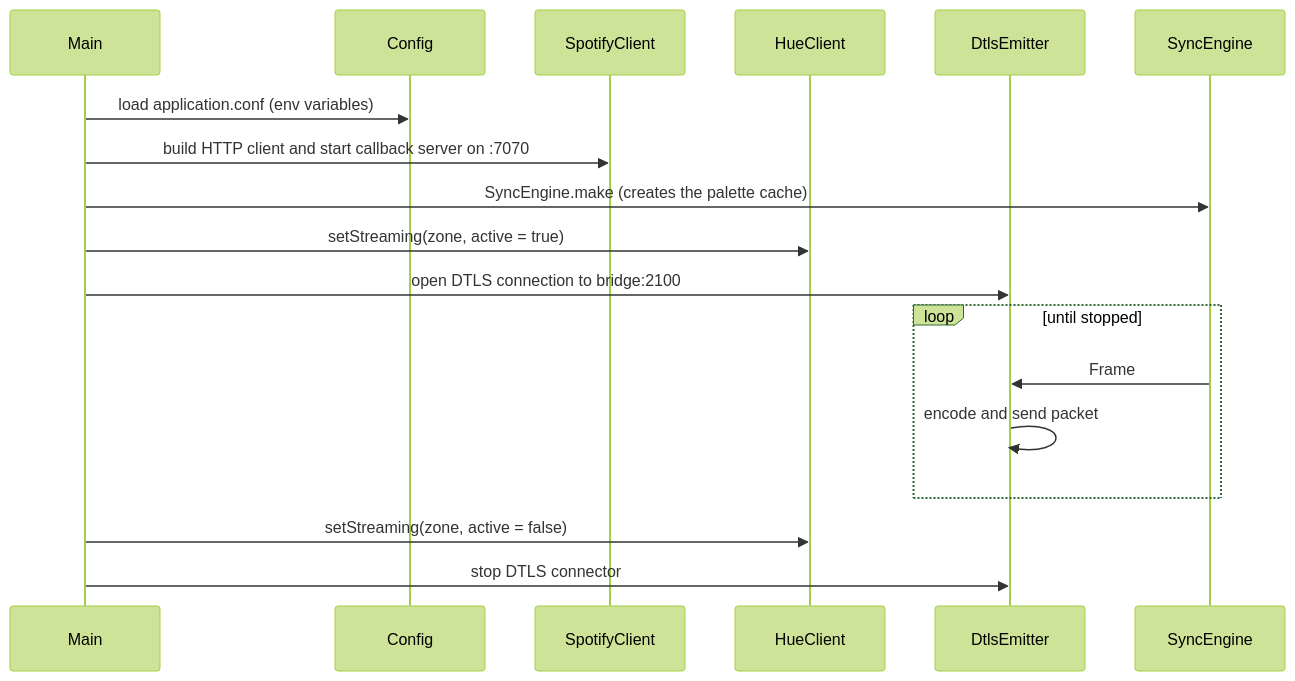
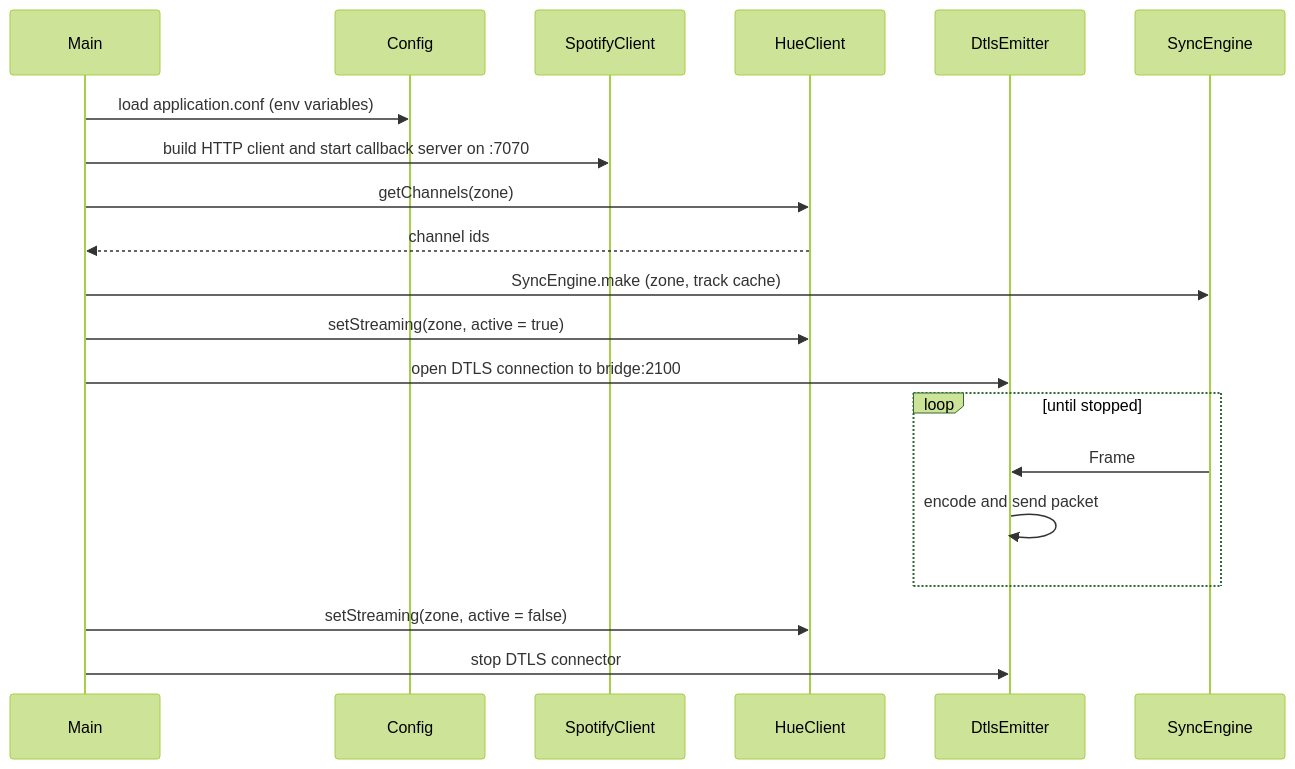
Before and after one commit to LorenzoPrinsloo/spotify-hue-sync: the third of 3 diagrams in docs/architecture.md, drawn with Mermaid (forest theme). The commit also changed other lines of this file and 12 other files, not shown here.

````diff
--- a/docs/architecture.md
+++ b/docs/architecture.md
@@ -181,21 +192,23 @@
 ```mermaid
 sequenceDiagram
     participant M as Main
     participant C as Config
     participant S as SpotifyClient
     participant H as HueClient
     participant D as DtlsEmitter
     participant E as SyncEngine
 
     M->>C: load application.conf (env variables)
     M->>S: build HTTP client and start callback server on :7070
-    M->>E: SyncEngine.make (creates the palette cache)
+    M->>H: getChannels(zone)
+    H-->>M: channel ids
+    M->>E: SyncEngine.make (zone, track cache)
     M->>H: setStreaming(zone, active = true)
     M->>D: open DTLS connection to bridge:2100
     loop until stopped
         E->>D: Frame
         D->>D: encode and send packet
     end
     M->>H: setStreaming(zone, active = false)
     M->>D: stop DTLS connector
 ```
````
